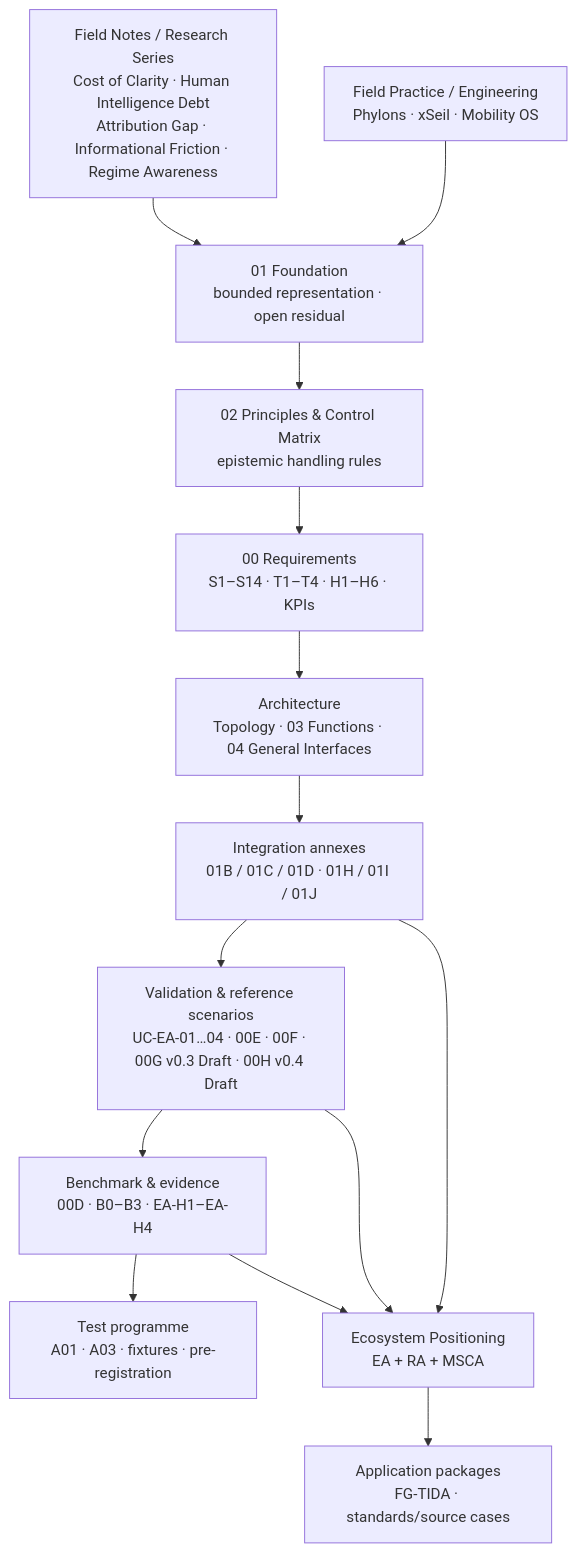
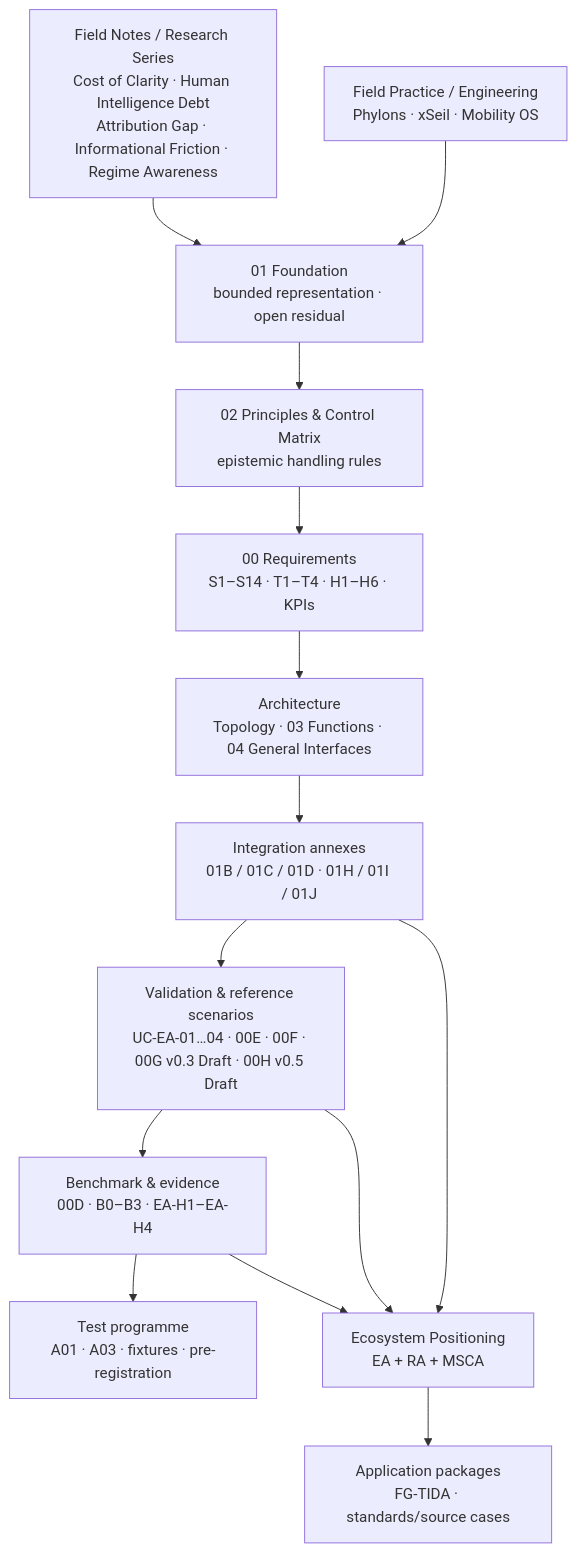
The first of 9 diagrams in research/ecosystem-awareness/VISUAL_GUIDE.md (dakleyer/structural-awareness-contributions), drawn with Mermaid before and after one commit. The commit also changed other lines of this file, not shown here.

````diff
--- a/research/ecosystem-awareness/VISUAL_GUIDE.md
+++ b/research/ecosystem-awareness/VISUAL_GUIDE.md
@@ -9,23 +9,23 @@
 ```mermaid
 flowchart TB
     FN["Field Notes / Research Series<br/>Cost of Clarity · Human Intelligence Debt<br/>Attribution Gap · Informational Friction · Regime Awareness"]
     ENG["Field Practice / Engineering<br/>Phylons · xSeil · Mobility OS"]
     F["01 Foundation<br/>bounded representation · open residual"]
     P["02 Principles & Control Matrix<br/>epistemic handling rules"]
     R["00 Requirements<br/>S1–S14 · T1–T4 · H1–H6 · KPIs"]
     A["Architecture<br/>Topology · 03 Functions · 04 General Interfaces"]
     I["Integration annexes<br/>01B / 01C / 01D · 01H / 01I / 01J"]
-    V["Validation & reference scenarios<br/>UC-EA-01…04 · 00E · 00F · 00G v0.3 Draft · 00H v0.4 Draft"]
+    V["Validation & reference scenarios<br/>UC-EA-01…04 · 00E · 00F · 00G v0.3 Draft · 00H v0.5 Draft"]
     B["Benchmark & evidence<br/>00D · B0–B3 · EA-H1–EA-H4"]
     T["Test programme<br/>A01 · A03 · fixtures · pre-registration"]
     EP["Ecosystem Positioning<br/>EA + RA + MSCA"]
     APP["Application packages<br/>FG-TIDA · standards/source cases"]
 
     FN --> F
     ENG --> F
     F --> P --> R --> A --> I --> V --> B --> T
     I --> EP
     V --> EP
     B --> EP
     EP --> APP
 ```
````
